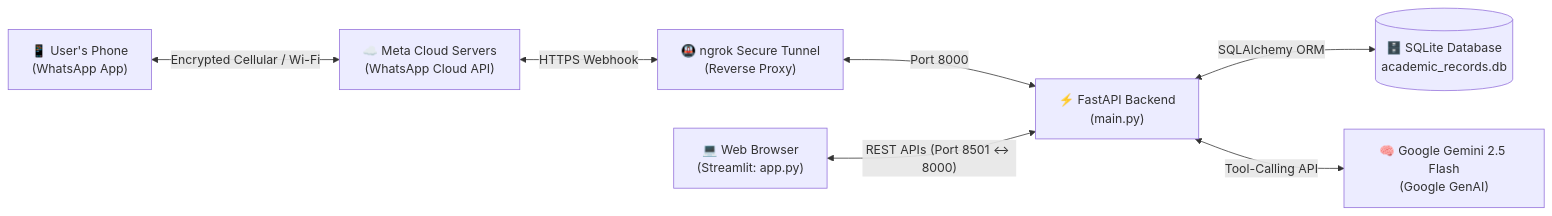
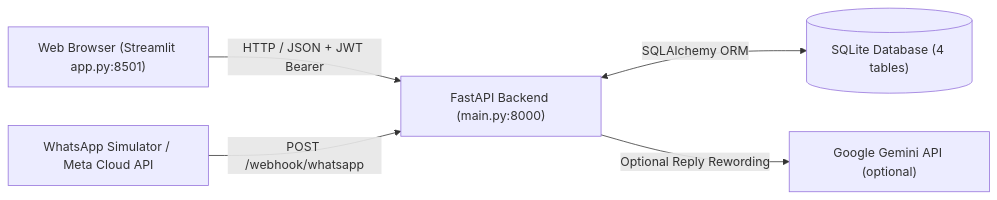
The diagram in ARCHITECTURE_GUIDE.md (atif-codev7/jamia-sms), drawn with Mermaid before and after one commit. The commit also changed other lines of this file and 23 other files, not shown here.

````diff
--- a/ARCHITECTURE_GUIDE.md
+++ b/ARCHITECTURE_GUIDE.md
@@ -15,9 +15,7 @@
 ```mermaid
 flowchart LR
-    A["📱 User's Phone<br/>(WhatsApp App)"] <-->|"Encrypted Cellular / Wi-Fi"| B["☁️ Meta Cloud Servers<br/>(WhatsApp Cloud API)"]
-    B <-->|"HTTPS Webhook"| C["🚇 ngrok Secure Tunnel<br/>(Reverse Proxy)"]
-    C <-->|"Port 8000"| D["⚡ FastAPI Backend<br/>(main.py)"]
-    D <-->|"SQLAlchemy ORM"| E[("🗄️ SQLite Database<br/>academic_records.db")]
-    D <-->|"Tool-Calling API"| F["🧠 Google Gemini 2.5 Flash<br/>(Google GenAI)"]
-    G["💻 Web Browser<br/>(Streamlit: app.py)"] <-->|"REST APIs (Port 8501 <-> 8000)"| D
+    Browser["Web Browser (Streamlit app.py:8501)"] -->|"HTTP / JSON + JWT Bearer"| API["FastAPI Backend (main.py:8000)"]
+    WhatsApp["WhatsApp Simulator / Meta Cloud API"] -->|"POST /webhook/whatsapp"| API
+    API <-->|"SQLAlchemy ORM"| DB[("SQLite Database (4 tables)")]
+    API -->|"Optional Reply Rewording"| Gemini["Google Gemini API (optional)"]
 ```
````
